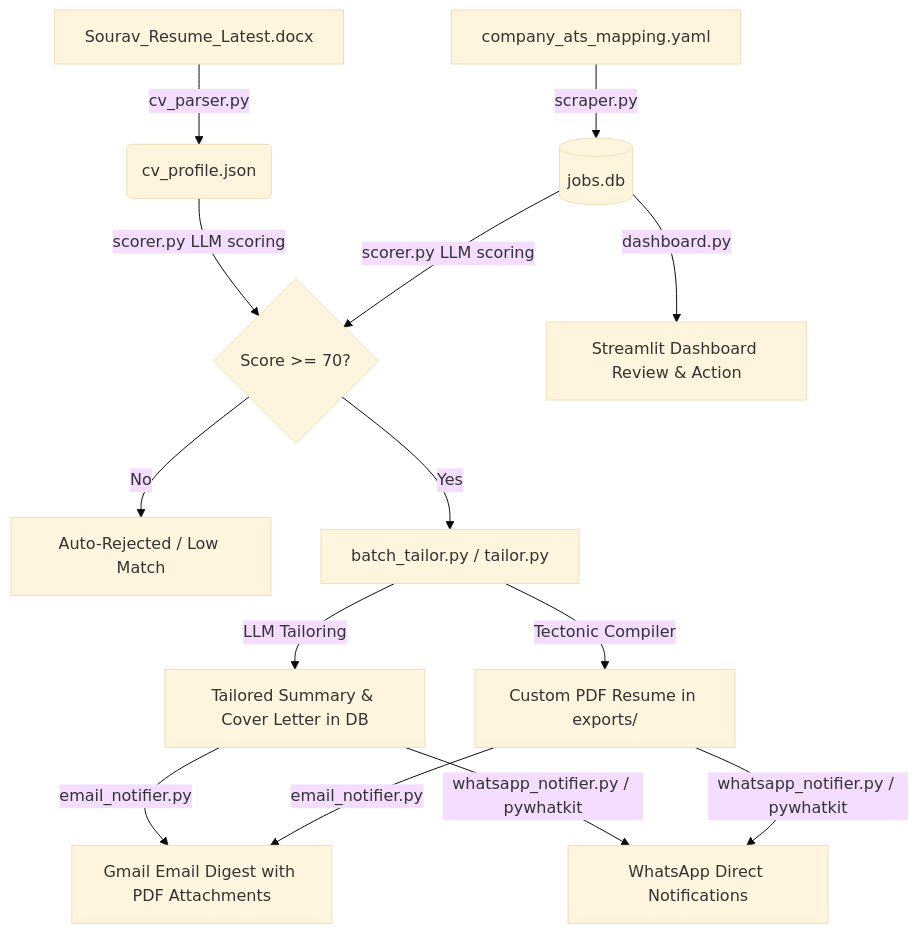
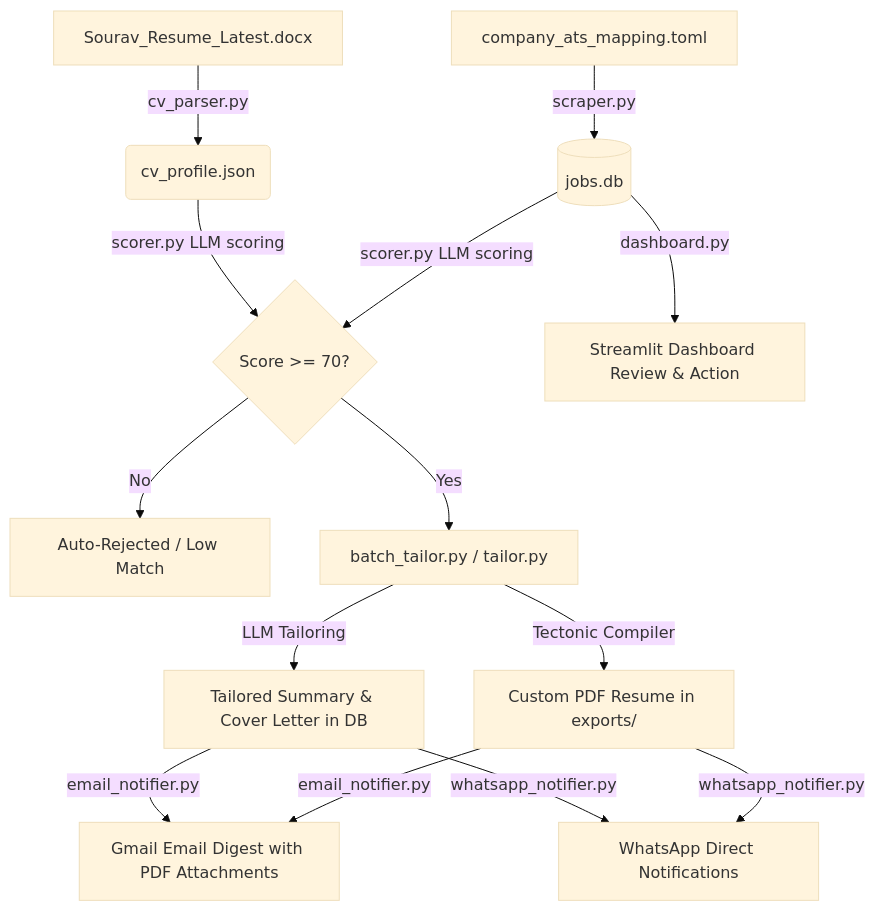
Before and after one commit to SouravRay17/job-discovery-assistant: the diagram in README.md, drawn with Mermaid (base theme). The commit also changed other lines of this file and 25 other files, not shown here.

````diff
--- a/README.md
+++ b/README.md
@@ -11,13 +11,13 @@
 ```mermaid
 graph TD
     A[Sourav_Resume_Latest.docx] -->|cv_parser.py| B(cv_profile.json)
-    C[company_ats_mapping.yaml] -->|scraper.py| D[(jobs.db)]
+    C[company_ats_mapping.toml] -->|scraper.py| D[(jobs.db)]
     B & D -->|scorer.py LLM scoring| E{Score >= 70?}
     E -->|No| F[Auto-Rejected / Low Match]
     E -->|Yes| G[batch_tailor.py / tailor.py]
     G -->|LLM Tailoring| H[Tailored Summary & Cover Letter in DB]
     G -->|Tectonic Compiler| I[Custom PDF Resume in exports/]
     H & I -->|email_notifier.py| J[Gmail Email Digest with PDF Attachments]
-    H & I -->|whatsapp_notifier.py / pywhatkit| K[WhatsApp Direct Notifications]
+    H & I -->|whatsapp_notifier.py| K[WhatsApp Direct Notifications]
     D -->|dashboard.py| L[Streamlit Dashboard Review & Action]
 ```
````
